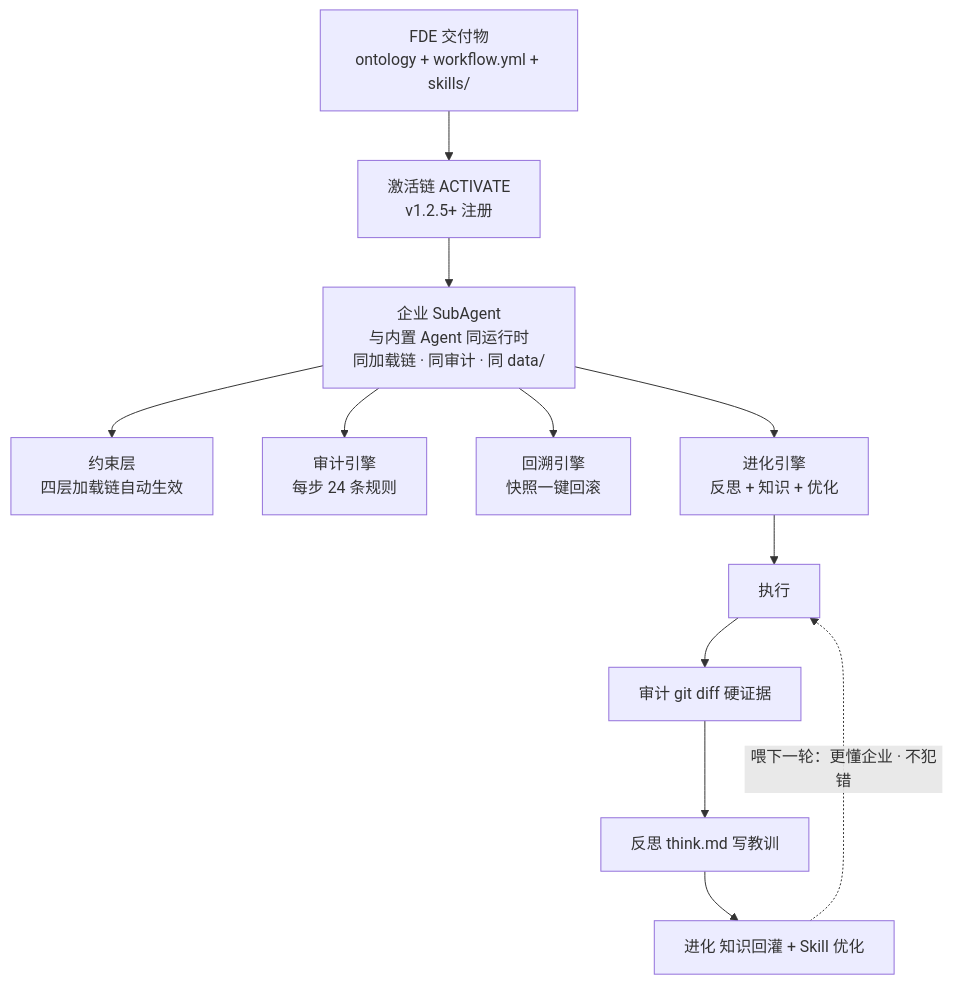
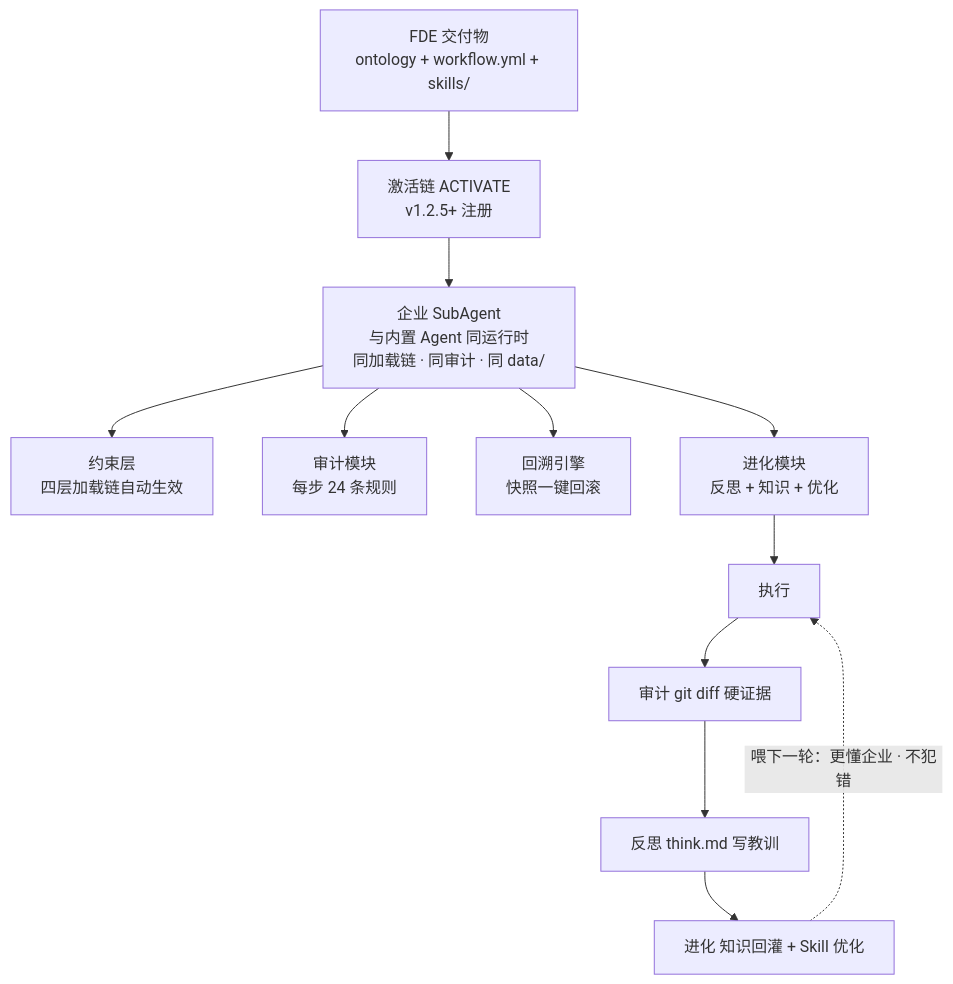
The diagram in docs/guides/fde-activation-chain.md (KongFangXun/sofagent), drawn with Mermaid before and after one commit. The commit also changed other lines of this file and 63 other files, not shown here.

````diff
--- a/docs/guides/fde-activation-chain.md
+++ b/docs/guides/fde-activation-chain.md
@@ -567,15 +567,15 @@
 ```mermaid
 flowchart TD
     DELIV[FDE 交付物<br/>ontology + workflow.yml + skills/] --> ACT[激活链 ACTIVATE<br/>v1.2.5+ 注册]
     ACT --> SA[企业 SubAgent<br/>与内置 Agent 同运行时<br/>同加载链 · 同审计 · 同 data/]
     SA --> CB[约束层<br/>四层加载链自动生效]
-    SA --> AU[审计引擎<br/>每步 24 条规则]
+    SA --> AU[审计模块<br/>每步 24 条规则]
     SA --> RE[回溯引擎<br/>快照一键回滚]
-    SA --> EV[进化引擎<br/>反思 + 知识 + 优化]
+    SA --> EV[进化模块<br/>反思 + 知识 + 优化]
 
     EV --> LOOP1[执行]
     LOOP1 --> LOOP2[审计 git diff 硬证据]
     LOOP2 --> LOOP3[反思 think.md 写教训]
     LOOP3 --> LOOP4[进化 知识回灌 + Skill 优化]
     LOOP4 -.->|喂下一轮：更懂企业 · 不犯错| LOOP1
 ```
````
